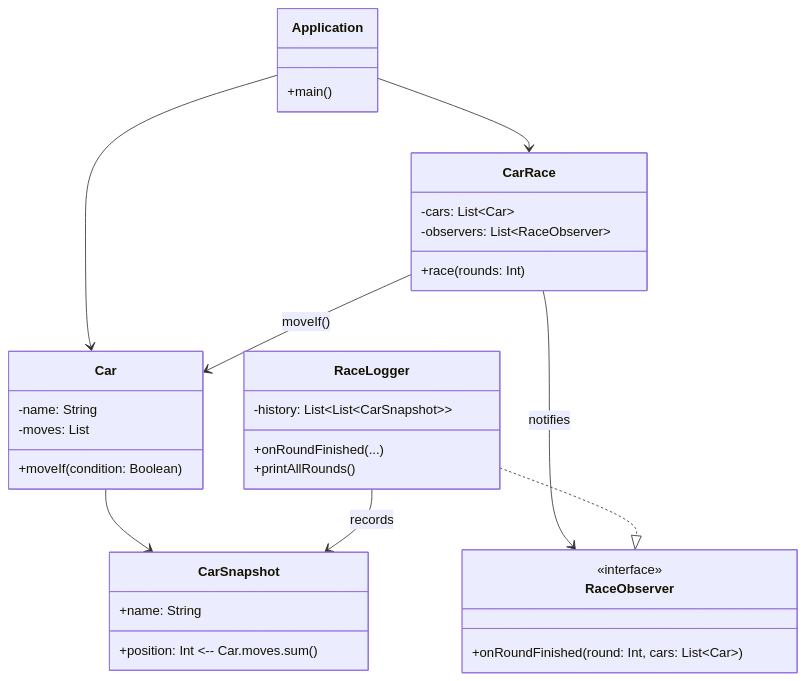
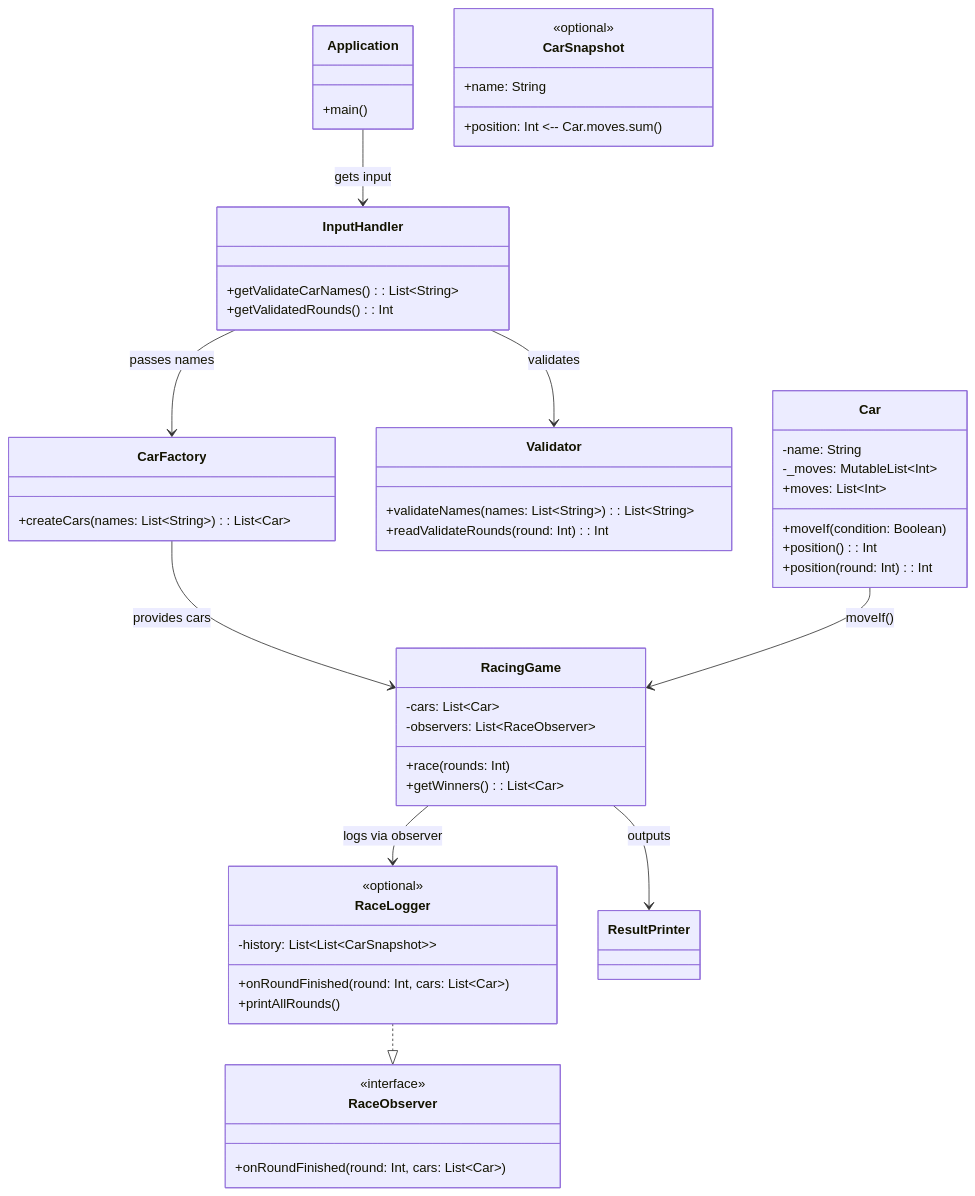
The diagram in _note/_ideas/_architecture.md (miooo0o/kotlin-racingcar-precourse), drawn with Mermaid before and after one commit.

Commit message:
docs(architecture): update diagram with clearer names and relationships
- Renamed CarRace to RacingGame for clarity
- Marked optional classes and interfaces
- Improved class relationships and added descriptive labels

````diff
--- a/_note/_ideas/_architecture.md
+++ b/_note/_ideas/_architecture.md
@@ -1,46 +1,68 @@
 ```mermaid
 classDiagram
-    %% Application: Entry point of the program.
+%% Application: Entry point of the program.
     class Application {
         +main()
     }
 
     class Car {
         -name: String
-        -moves: List<Int>
+        -_moves: MutableList~Int~
         +moveIf(condition: Boolean)
+        +position(): Int
+        +position(round: Int): Int
+        +moves: List~Int~
+    }
+
+    class RacingGame {
+        -cars: List~Car~
+        -observers: List~RaceObserver~
+        +race(rounds: Int)
+        +getWinners(): List~Car~
     }
 
     class CarSnapshot {
         +name: String
         +position: Int <-- Car.moves.sum()
     }
-
-    class CarRace {
-        -cars: List~Car~
-        -observers: List~RaceObserver~
-        +race(rounds: Int)
-    }
+    <<optional>> CarSnapshot
 
     class RaceObserver {
         <<interface>>
         +onRoundFinished(round: Int, cars: List~Car~)
     }
+    <<optional>> RaceObserver
 
     class RaceLogger {
         -history: List~List~CarSnapshot~~
-        +onRoundFinished(...)
+        +onRoundFinished(round: Int, cars: List~Car~)
         +printAllRounds()
     }
+    <<optional>> RaceLogger
+    class Validator {
+        +validateNames(names: List~String~): List~String~
+        +readValidateRounds(round: Int): Int
+    }
 
-    Application --> CarRace
-    Application --> Car
-    CarRace --> Car : moveIf()
-    CarRace --> RaceObserver : notifies
+    class InputHandler {
+        +getValidateCarNames(): List~String~
+        +getValidatedRounds(): Int
+    }
+
+    class CarFactory {
+        +createCars(names: List~String~): List~Car~
+    }
+
+    class ResultPrinter {
+        
+    }
+    Application --> InputHandler : gets input
+    InputHandler --> Validator : validates
+    InputHandler --> CarFactory : passes names
+    CarFactory --> RacingGame : provides cars
+    RacingGame --> RaceLogger : logs via observer
+    Car -->  RacingGame : moveIf()
+    RacingGame --> ResultPrinter : outputs
+    
     RaceLogger ..|> RaceObserver
-    Car --> CarSnapshot
-    RaceLogger --> CarSnapshot : records
-
-
-
 ```
````
